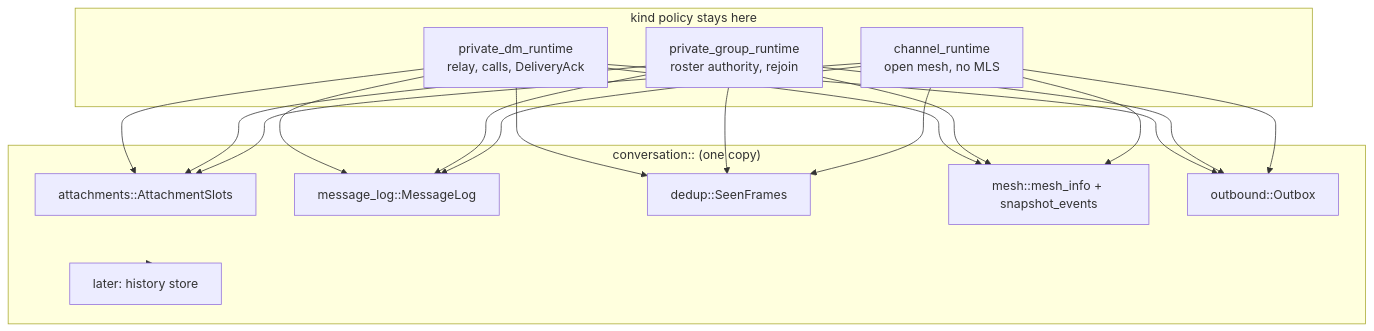
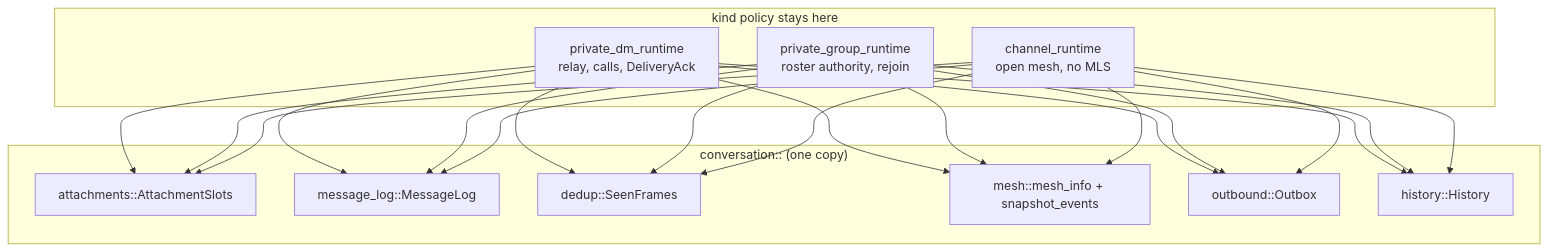
One commit to redstone-md/mosh-flutter changed the first of 2 diagrams in docs/ADR/0019-shared-conversation-strata-in-the-core.md. Above: the diagram before and after it, drawn with Mermaid. The commit also changed other lines of this file and 11 other files, not shown here.

````diff
--- a/docs/ADR/0019-shared-conversation-strata-in-the-core.md
+++ b/docs/ADR/0019-shared-conversation-strata-in-the-core.md
@@ -38,33 +38,35 @@
 ```mermaid
 flowchart TD
     subgraph kinds["kind policy stays here"]
         Dm["private_dm_runtime<br/>relay, calls, DeliveryAck"]
         Gr["private_group_runtime<br/>roster authority, rejoin"]
         Ch["channel_runtime<br/>open mesh, no MLS"]
     end
     subgraph shared["conversation:: (one copy)"]
         Slots["attachments::AttachmentSlots"]
         Log["message_log::MessageLog"]
         Seen["dedup::SeenFrames"]
         Mesh["mesh::mesh_info + snapshot_events"]
         Out["outbound::Outbox"]
-        Later["later: history store"]
+        Hist["history::History"]
     end
 
     Dm --> Slots
     Dm --> Log
     Dm --> Seen
     Dm --> Mesh
     Dm --> Out
+    Dm --> Hist
     Gr --> Slots
     Gr --> Log
     Gr --> Seen
     Gr --> Mesh
     Gr --> Out
+    Gr --> Hist
     Ch --> Slots
     Ch --> Log
     Ch --> Seen
     Ch --> Mesh
     Ch --> Out
-    shared -.-> Later
+    Ch --> Hist
 ```
````
